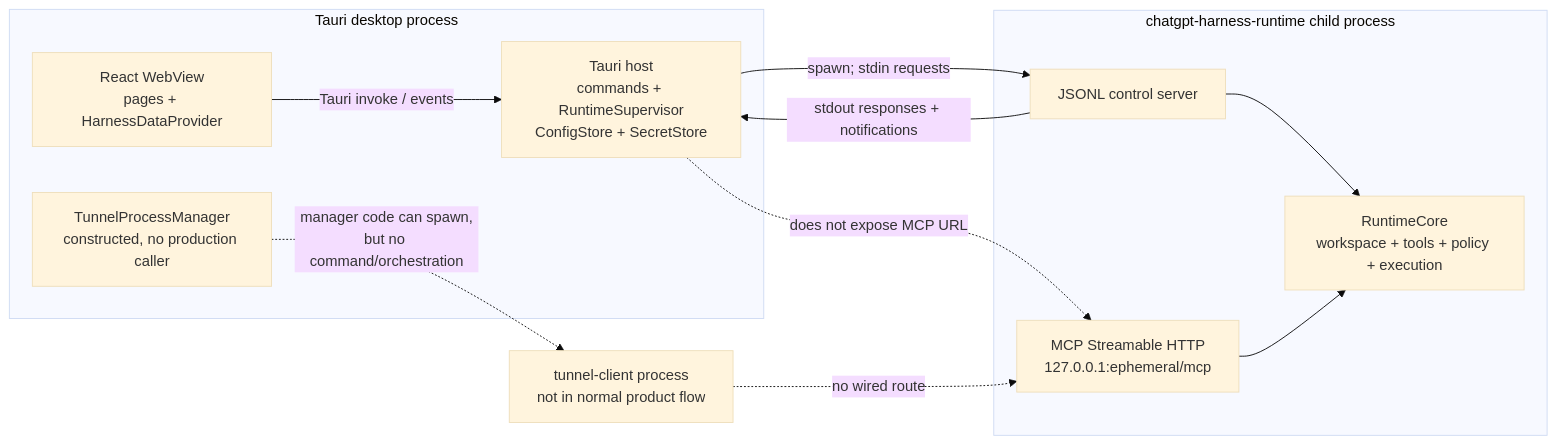
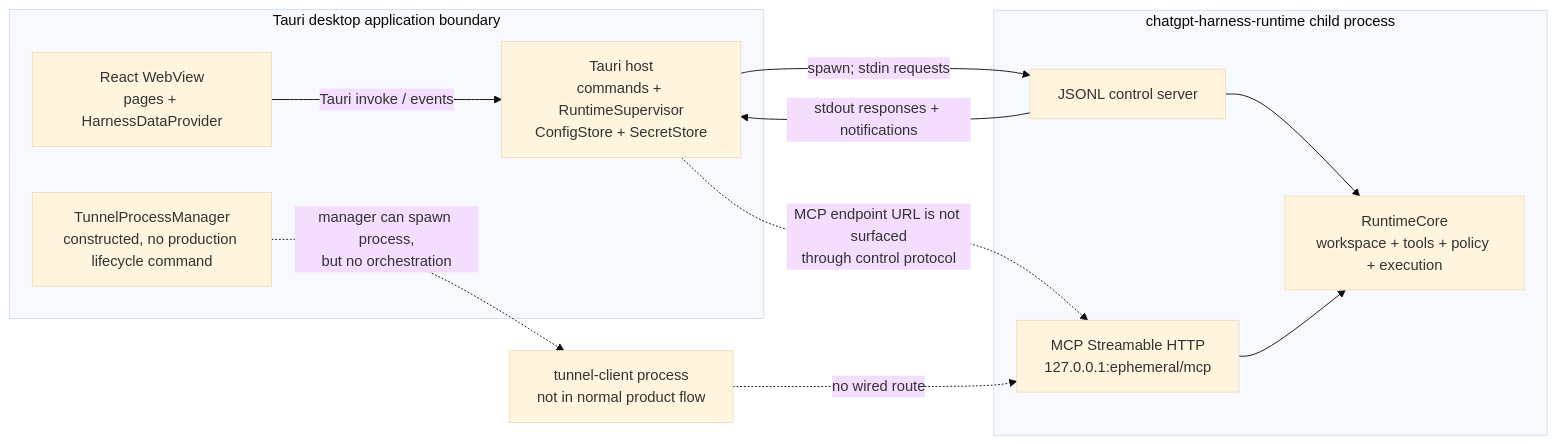
Before and after one commit to TotoroKingdom/ChatGPT-Harness: the diagram in wiki/CODEBASE-MAP.md, drawn with Mermaid (base theme). The commit also changed other lines of this file and 1 other file, not shown here.

````diff
--- a/wiki/CODEBASE-MAP.md
+++ b/wiki/CODEBASE-MAP.md
@@ -21,25 +22,25 @@
 ```mermaid
 flowchart LR
-    subgraph Desktop["Tauri desktop process"]
+    subgraph Desktop["Tauri desktop application boundary"]
         UI["React WebView\npages + HarnessDataProvider"]
         Host["Tauri host\ncommands + RuntimeSupervisor\nConfigStore + SecretStore"]
-        TM["TunnelProcessManager\nconstructed, no production caller"]
+        TM["TunnelProcessManager\nconstructed, no production lifecycle command"]
         UI -->|"Tauri invoke / events"| Host
     end
 
     subgraph RuntimeProcess["chatgpt-harness-runtime child process"]
         Control["JSONL control server"]
         Core["RuntimeCore\nworkspace + tools + policy + execution"]
         MCP["MCP Streamable HTTP\n127.0.0.1:ephemeral/mcp"]
         Control --> Core
         MCP --> Core
     end
 
     Host -->|"spawn; stdin requests"| Control
     Control -->|"stdout responses + notifications"| Host
-    Host -. "does not expose MCP URL" .-> MCP
+    Host -. "MCP endpoint URL is not surfaced\nthrough control protocol" .-> MCP
 
     Tunnel["tunnel-client process\nnot in normal product flow"]
-    TM -. "manager code can spawn,\nbut no command/orchestration" .-> Tunnel
+    TM -. "manager can spawn process,\nbut no orchestration" .-> Tunnel
     Tunnel -. "no wired route" .-> MCP
 ```
````
